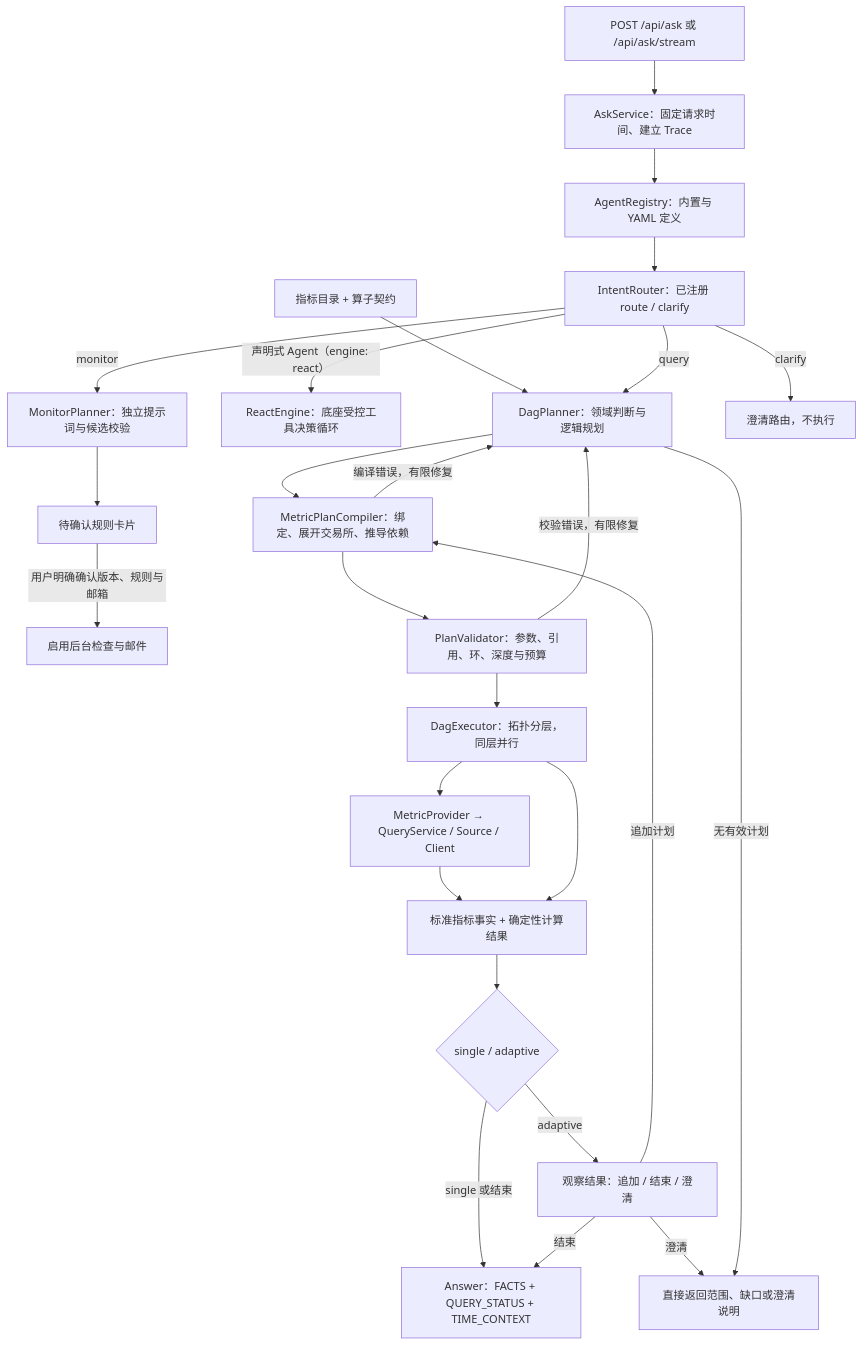
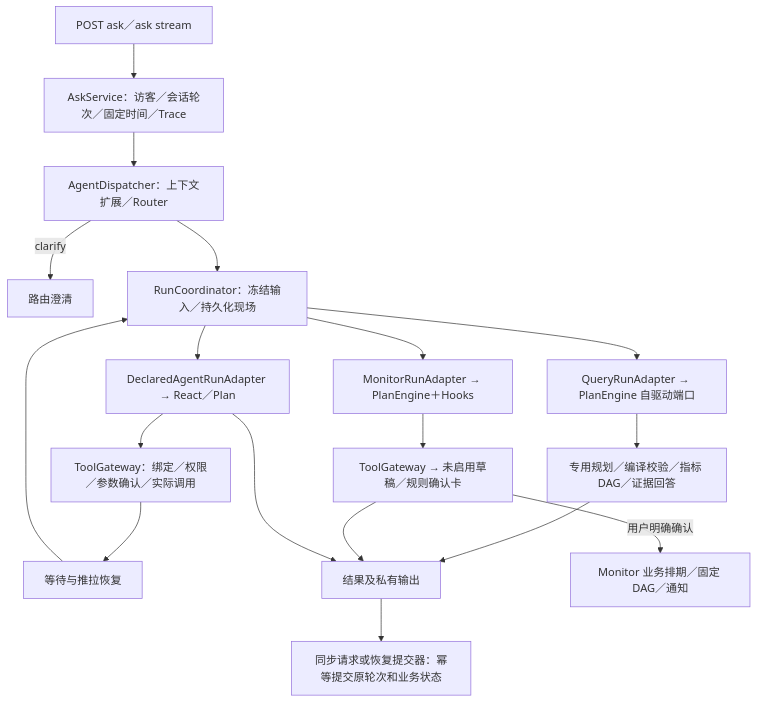
Before and after one commit to wztbbs/MarketPilot: the diagram in README.md, drawn with Mermaid. The commit also changed other lines of this file and 1082 other files, not shown here.

````diff
--- a/README.md
+++ b/README.md
@@ -71,28 +62,20 @@
 ```mermaid
 flowchart TD
-    Q[POST /api/ask 或 /api/ask/stream] --> S[AskService：固定请求时间、建立 Trace]
-    M[指标目录 + 算子契约] --> P[DagPlanner：领域判断与逻辑规划]
-    S --> REG[AgentRegistry：内置与 YAML 定义]
-    REG --> R0[IntentRouter：已注册 route / clarify]
-    R0 -->|声明式 Agent（engine: react）| HTTP[ReactEngine：底座受控工具决策循环]
-    R0 -->|query| P
-    R0 -->|monitor| MP[MonitorPlanner：独立提示词与候选校验]
-    MP --> MD[待确认规则卡片]
-    MD -->|用户明确确认版本、规则与邮箱| MC[启用后台检查与邮件]
-    R0 -->|clarify| RC[澄清路由，不执行]
-    P --> C[MetricPlanCompiler：绑定、展开交易所、推导依赖]
-    C --> V[PlanValidator：参数、引用、环、深度与预算]
-    C -->|编译错误，有限修复| P
-    V -->|校验错误，有限修复| P
-    V --> E[DagExecutor：拓扑分层，同层并行]
-    E --> R[MetricProvider → QueryService / Source / Client]
-    R --> F[标准指标事实 + 确定性计算结果]
-    E --> F
-    F --> MODE{single / adaptive}
-    MODE -->|single 或结束| A[Answer：FACTS + QUERY_STATUS + TIME_CONTEXT]
-    MODE -->|adaptive| OBS[观察结果：追加 / 结束 / 澄清]
-    OBS -->|追加计划| C
-    OBS -->|结束| A
-    OBS -->|澄清| D
-    P -->|无有效计划| D[直接返回范围、缺口或澄清说明]
+    A[POST ask／ask stream] --> S[AskService：访客／会话轮次／固定时间／Trace]
+    S --> D[AgentDispatcher：上下文扩展／Router]
+    D -->|clarify| C[路由澄清]
+    D --> R[RunCoordinator：冻结输入／持久化现场]
+    R --> Q[QueryRunAdapter → PlanEngine 自驱动端口]
+    Q --> QR[专用规划／编译校验／指标 DAG／证据回答]
+    R --> M[MonitorRunAdapter → PlanEngine＋Hooks]
+    M --> MT[ToolGateway → 未启用草稿／规则确认卡]
+    R --> DA[DeclaredAgentRunAdapter → React／Plan]
+    DA --> TG[ToolGateway：绑定／权限／参数确认／实际调用]
+    TG --> W[等待与推拉恢复]
+    W --> R
+    QR --> OUT[结果及私有输出]
+    MT --> OUT
+    DA --> OUT
+    OUT --> B[同步请求或恢复提交器：幂等提交原轮次和业务状态]
+    MT -->|用户明确确认| BG[Monitor 业务排期／固定 DAG／通知]
 ```
````
